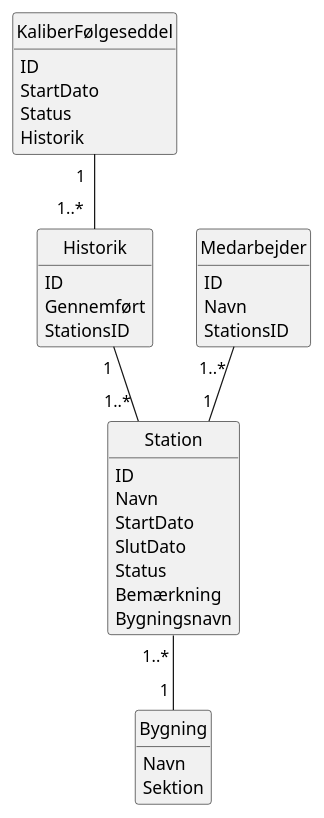
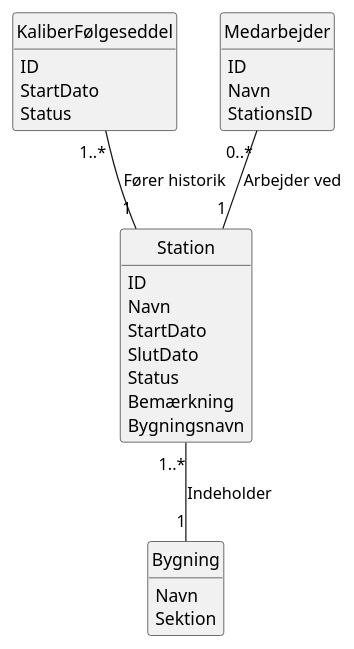
One commit to marsbo04/budweg changed the diagram in uml_artifacts/domain_model.puml. Above: the diagram before and after it, drawn with PlantUML.

Commit message:
Add association names

```diff
--- a/uml_artifacts/domain_model.puml
+++ b/uml_artifacts/domain_model.puml
@@ -1,48 +1,41 @@
 @startuml
 
 hide methods
 hide circle
+
 class KaliberFølgeseddel
 {
     ID
     StartDato
     Status
-    Historik
-}
-
-class Historik
-{
-    ID
-    Gennemført
-    StationsID
 }
 
 class Station
 {
     ID
     Navn
     StartDato
     SlutDato 
     Status
     Bemærkning
     Bygningsnavn
 }
 
 class Medarbejder 
 {
     ID
     Navn 
     StationsID
 }
 
 class Bygning
 {
     Navn
     Sektion
 }
 
-Medarbejder "1..* " -- "1" Station
-KaliberFølgeseddel "1  " -- "1..*  " Historik
-Historik "1 " -- "1..* " Station
-Station "1..* " -- "1 " Bygning
+Medarbejder "0..*" -- "1" Station : Arbejder ved
+' A station instance is added to KaliberFølgeseddel the moment a component arrives at a station. Thus the relationship is many to one.
+KaliberFølgeseddel "1..*" -- "1" Station : Fører historik
+Station "1..*" -- "1" Bygning : Indeholder
 @enduml
```
